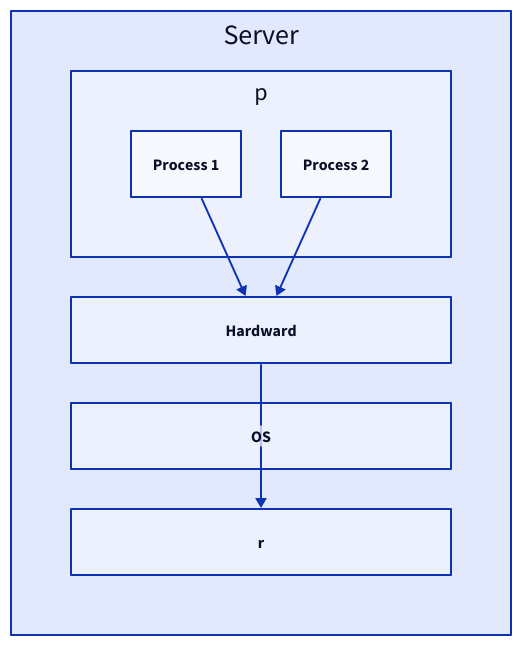
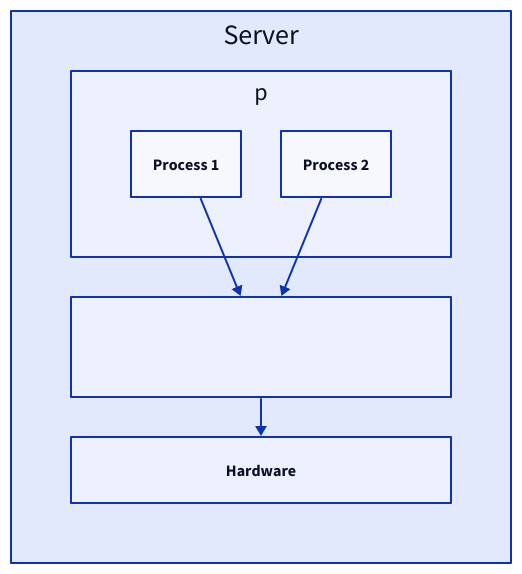
The first of 5 diagrams in content/docs/system-administration/system-deployment/_index.md (link1905/system-design-101), drawn with D2 before and after one commit. The commit also changed other lines of this file and 21 other files, not shown here.

````diff
--- a/content/docs/system-administration/system-deployment/_index.md
+++ b/content/docs/system-administration/system-deployment/_index.md
@@ -21,24 +18,24 @@
 ```d2
 m: Server {
   grid-columns: 1
   p {
     class: none
     grid-rows: 1
     p1: Process 1 {
       class: process
     }
     p2: Process 2 {
       class: process
     }
   }
-  h: Hardward {
+  o: "" {
+    class: os
+  }
+  h: Hardware {
     class: hd
   }
-  o: OS {
-    class: os
-  }
-  p.p1 -> h
-  p.p2 -> h
-  h -> r
+  p.p1 -> o
+  p.p2 -> o
+  o -> h
 }
 ```
````
